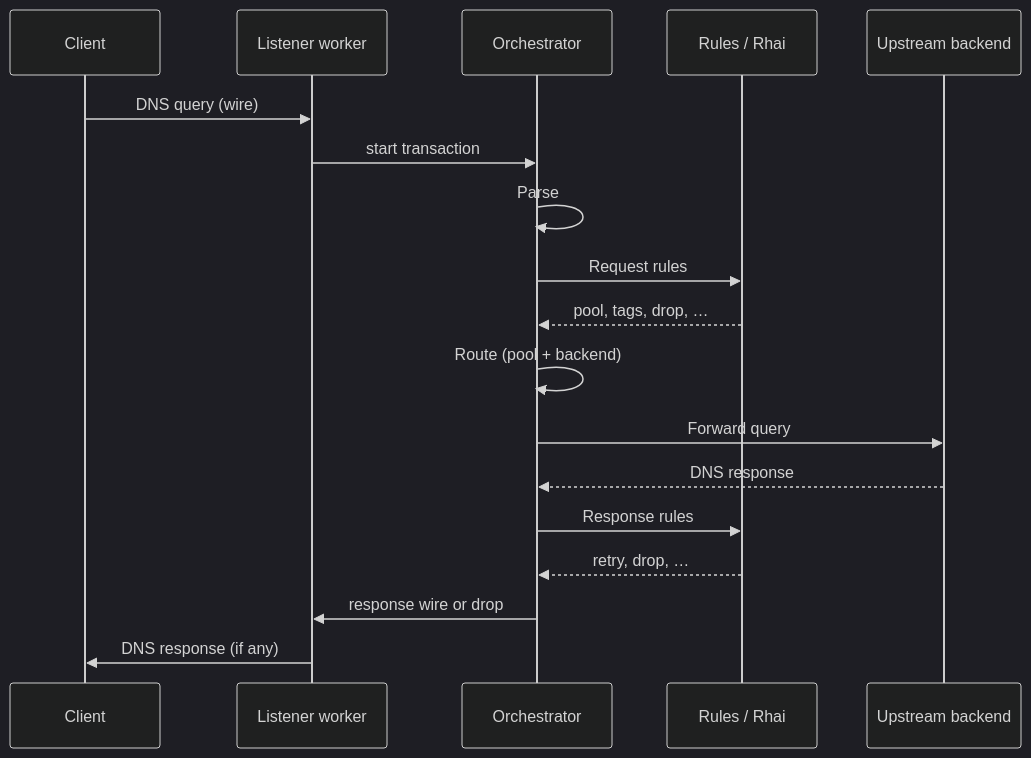
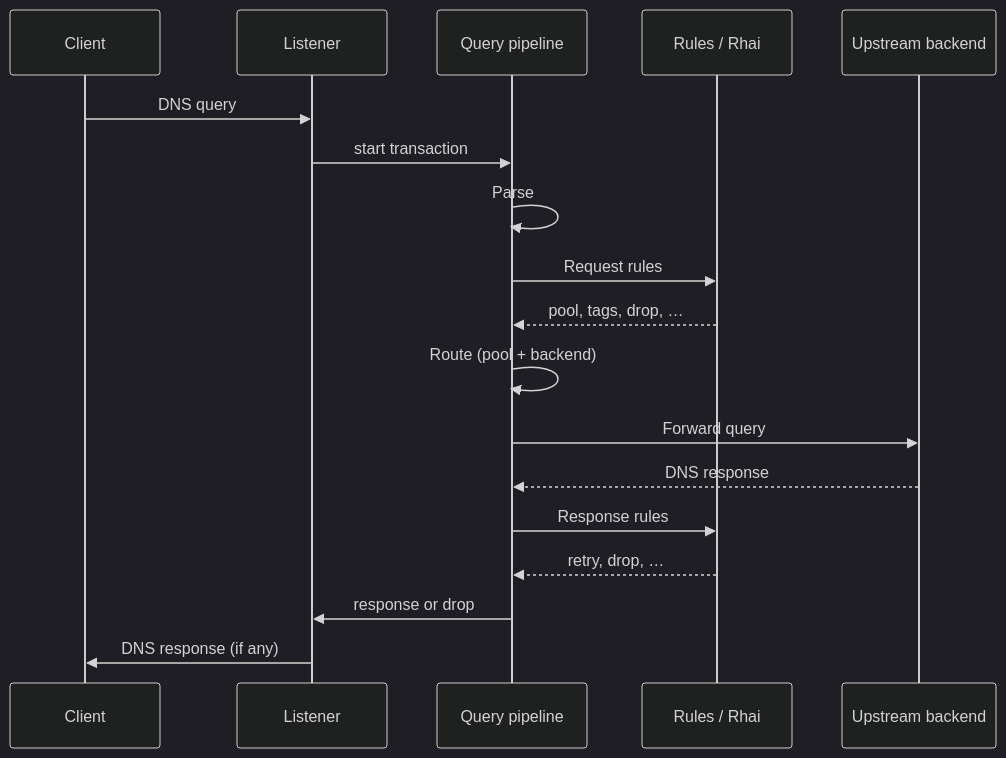
The second of 4 diagrams in operator-docs/docs/concepts/architecture-and-packet-path.md (egon1024/DNSConduit), drawn with Mermaid (dark theme) before and after one commit. The commit also changed other lines of this file and 1 other file, not shown here.

Commit message:
Additional work on architecture doc

````diff
--- a/operator-docs/docs/concepts/architecture-and-packet-path.md
+++ b/operator-docs/docs/concepts/architecture-and-packet-path.md
@@ -55,21 +55,21 @@
 ```mermaid
 sequenceDiagram
   participant Client
-  participant Listener as Listener worker
-  participant Orch as Orchestrator
+  participant Listener as Listener
+  participant Pipeline as Query pipeline
   participant Rules as Rules / Rhai
   participant Upstream as Upstream backend
 
-  Client->>Listener: DNS query (wire)
-  Listener->>Orch: start transaction
-  Orch->>Orch: Parse
-  Orch->>Rules: Request rules
-  Rules-->>Orch: pool, tags, drop, …
-  Orch->>Orch: Route (pool + backend)
-  Orch->>Upstream: Forward query
-  Upstream-->>Orch: DNS response
-  Orch->>Rules: Response rules
-  Rules-->>Orch: retry, drop, …
-  Orch->>Listener: response wire or drop
+  Client->>Listener: DNS query
+  Listener->>Pipeline: start transaction
+  Pipeline->>Pipeline: Parse
+  Pipeline->>Rules: Request rules
+  Rules-->>Pipeline: pool, tags, drop, …
+  Pipeline->>Pipeline: Route (pool + backend)
+  Pipeline->>Upstream: Forward query
+  Upstream-->>Pipeline: DNS response
+  Pipeline->>Rules: Response rules
+  Rules-->>Pipeline: retry, drop, …
+  Pipeline->>Listener: response or drop
   Listener->>Client: DNS response (if any)
 ```
````
